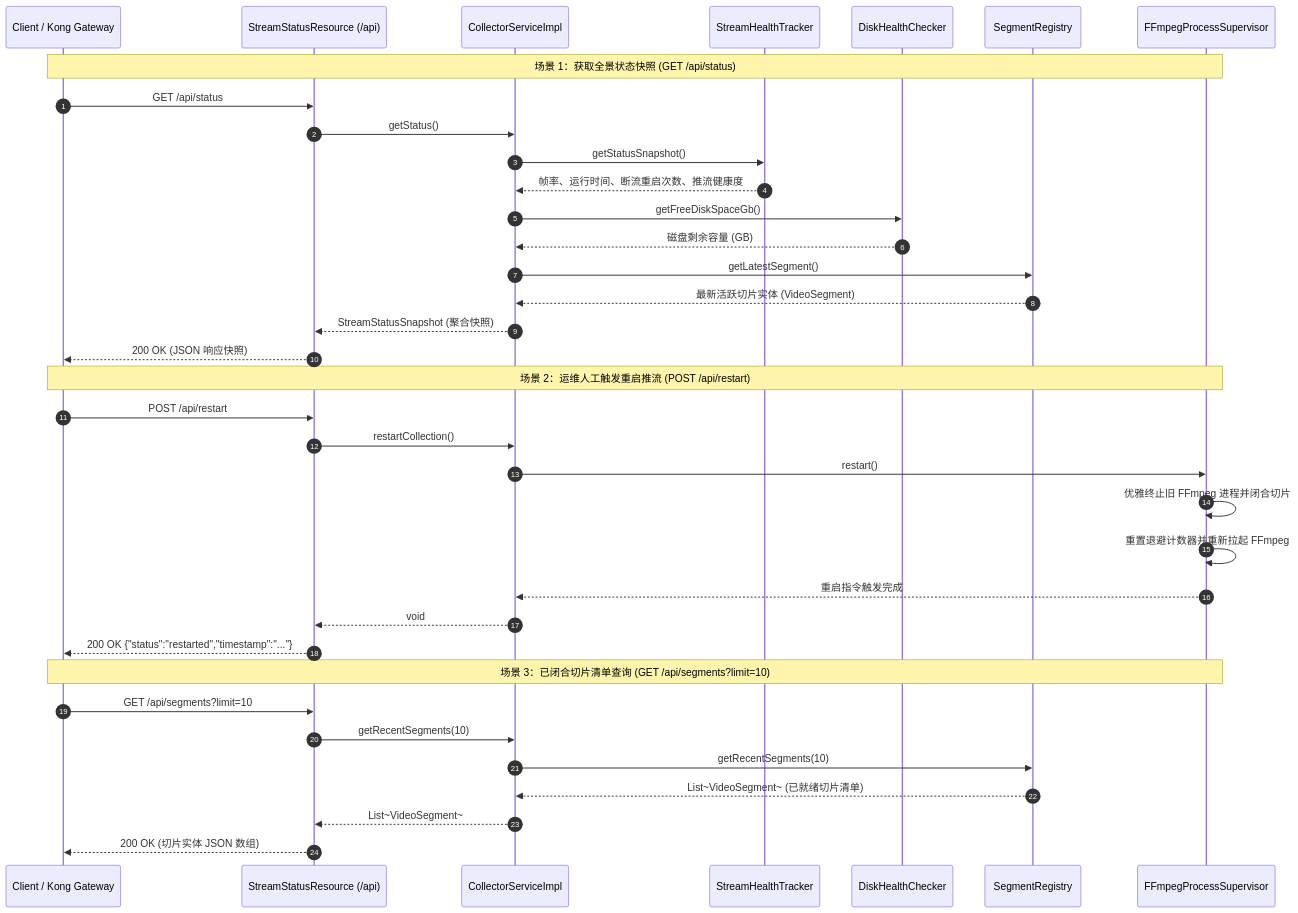
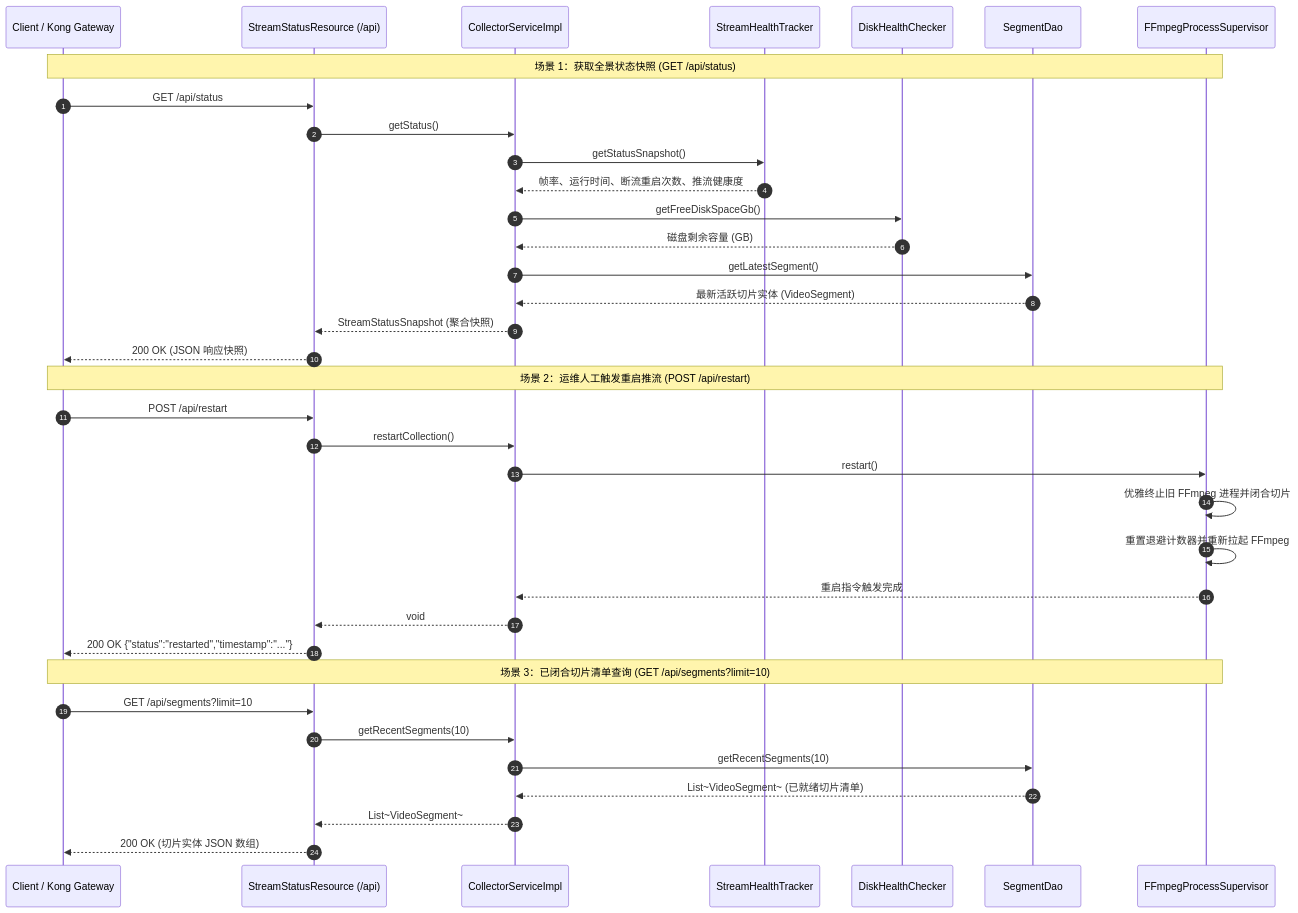
One commit to nvd11/cctv-collector changed the fifth of 5 diagrams in docs/CLASS_DESIGN.md. Above: the diagram before and after it, drawn with Mermaid. The commit also changed other lines of this file and 15 other files, not shown here.

````diff
--- a/docs/CLASS_DESIGN.md
+++ b/docs/CLASS_DESIGN.md
@@ -363,41 +365,41 @@
 ```mermaid
 sequenceDiagram
     autonumber
     participant Client as Client / Kong Gateway
     participant Resource as StreamStatusResource (/api)
     participant Service as CollectorServiceImpl
     participant Tracker as StreamHealthTracker
     participant Checker as DiskHealthChecker
-    participant Registry as SegmentRegistry
+    participant Dao as SegmentDao
     participant Super as FFmpegProcessSupervisor
 
     Note over Client,Super: 场景 1：获取全景状态快照 (GET /api/status)
     Client->>Resource: GET /api/status
     Resource->>Service: getStatus()
     Service->>Tracker: getStatusSnapshot()
     Tracker-->>Service: 帧率、运行时间、断流重启次数、推流健康度
     Service->>Checker: getFreeDiskSpaceGb()
     Checker-->>Service: 磁盘剩余容量 (GB)
-    Service->>Registry: getLatestSegment()
-    Registry-->>Service: 最新活跃切片实体 (VideoSegment)
+    Service->>Dao: getLatestSegment()
+    Dao-->>Service: 最新活跃切片实体 (VideoSegment)
     Service-->>Resource: StreamStatusSnapshot (聚合快照)
     Resource-->>Client: 200 OK (JSON 响应快照)
 
     Note over Client,Super: 场景 2：运维人工触发重启推流 (POST /api/restart)
     Client->>Resource: POST /api/restart
     Resource->>Service: restartCollection()
     Service->>Super: restart()
     Super->>Super: 优雅终止旧 FFmpeg 进程并闭合切片
     Super->>Super: 重置退避计数器并重新拉起 FFmpeg
     Super-->>Service: 重启指令触发完成
     Service-->>Resource: void
     Resource-->>Client: 200 OK {"status":"restarted","timestamp":"..."}
 
     Note over Client,Super: 场景 3：已闭合切片清单查询 (GET /api/segments?limit=10)
     Client->>Resource: GET /api/segments?limit=10
     Resource->>Service: getRecentSegments(10)
-    Service->>Registry: getRecentSegments(10)
-    Registry-->>Service: List~VideoSegment~ (已就绪切片清单)
+    Service->>Dao: getRecentSegments(10)
+    Dao-->>Service: List~VideoSegment~ (已就绪切片清单)
     Service-->>Resource: List~VideoSegment~
     Resource-->>Client: 200 OK (切片实体 JSON 数组)
 ```
````
